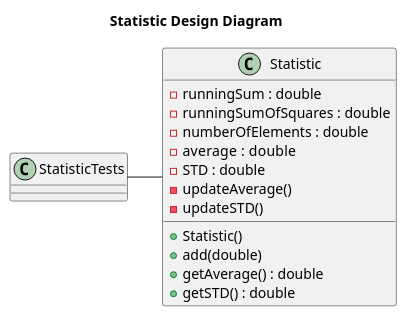
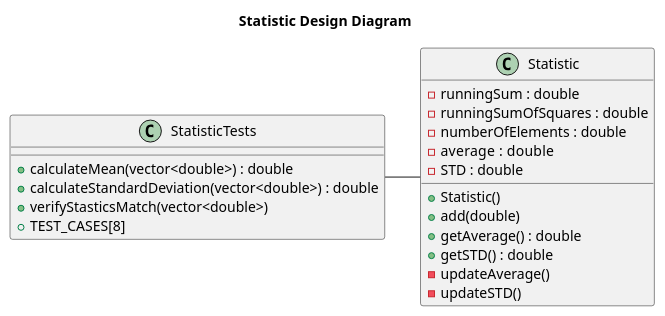
The diagram in Statistic/docs/design.puml (t-macdon/oop-cpp-605-604), drawn with PlantUML before and after one commit.

Commit message:
(hopefully) final iteration of uml design

```diff
--- a/Statistic/docs/design.puml
+++ b/Statistic/docs/design.puml
@@ -2,26 +2,30 @@
 @startuml Statistic Design Diagram
 
 title Statistic Design Diagram
 
 class Statistic {
     - runningSum : double
     - runningSumOfSquares : double
     - numberOfElements : double
     - average  : double
     - STD : double
-    - updateAverage()
-    - updateSTD()
     __
     + Statistic()
     + add(double)
     + getAverage() : double
     + getSTD() : double
+    - updateAverage()
+    - updateSTD()
 }
 
 class StatisticTests {
     __
+    + calculateMean(vector<double>) : double
+    + calculateStandardDeviation(vector<double>) : double
+    + verifyStasticsMatch(vector<double>)
+    + TEST_CASES[8]
 }
 
 Statistic -left- StatisticTests
 
 @enduml
```
